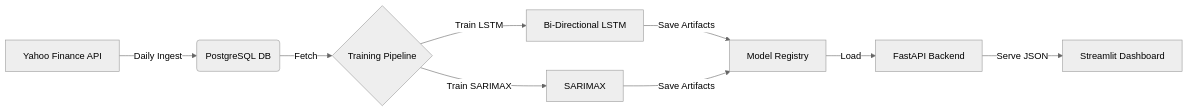
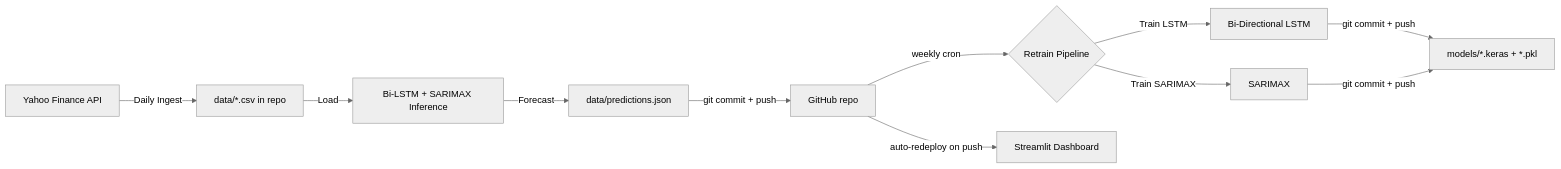
Before and after one commit to yusuferdem16/CryptoCurrencyPricePredicter: the diagram in README.md, drawn with Mermaid (neutral theme). The commit also changed other lines of this file and 13 other files, not shown here.

`````diff
--- a/README.md
+++ b/README.md
@@ -87,10 +85,12 @@
 ```mermaid
 flowchart LR
-    A[Yahoo Finance API] -->|Daily Ingest| B(PostgreSQL DB)
-    B -->|Fetch| C{Training Pipeline}
-    C -->|Train LSTM| D[Bi-Directional LSTM]
-    C -->|Train SARIMAX| E[SARIMAX]
-    D & E -->|Save Artifacts| F[Model Registry]
-    F -->|Load| G[FastAPI Backend]
-    G -->|Serve JSON| H[Streamlit Dashboard]
+    A[Yahoo Finance API] -->|Daily Ingest| B[data/*.csv in repo]
+    B -->|Load| C[Bi-LSTM + SARIMAX Inference]
+    C -->|Forecast| D[data/predictions.json]
+    D -->|git commit + push| E[GitHub repo]
+    E -->|weekly cron| F{Retrain Pipeline}
+    F -->|Train LSTM| G[Bi-Directional LSTM]
+    F -->|Train SARIMAX| H[SARIMAX]
+    G & H -->|git commit + push| I[models/*.keras + *.pkl]
+    E -->|auto-redeploy on push| J[Streamlit Dashboard]
 ````
`````
